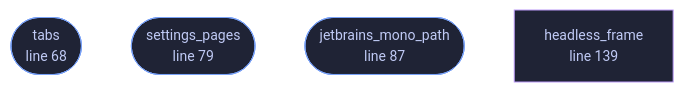
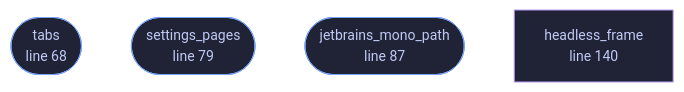
One commit to tilas01/veilvoice changed the diagram in docs/files/veilvoice-gui/lib.md. Above: the diagram before and after it, drawn with Mermaid. The commit also changed other lines of this file and 72 other files, not shown here.

````diff
--- a/docs/files/veilvoice-gui/lib.md
+++ b/docs/files/veilvoice-gui/lib.md
@@ -106,16 +106,16 @@
 ```mermaid
 %%{init: {"theme":"base","themeVariables":{"background":"#1a1b26","primaryColor":"#1f2335","primaryTextColor":"#c0caf5","primaryBorderColor":"#7aa2f7","secondaryColor":"#16161e","tertiaryColor":"#16161e","lineColor":"#737aa2","textColor":"#c0caf5","mainBkg":"#1f2335","nodeBorder":"#7aa2f7","clusterBkg":"#16161e","clusterBorder":"#2f3549","fontFamily":"ui-monospace, SFMono-Regular, Consolas, monospace","fontSize":"14px"}}}%%
 flowchart TD
     n_tabs(["tabs<br/>line 68"])
     n_settings_pages(["settings_pages<br/>line 79"])
     n_jetbrains_mono_path(["jetbrains_mono_path<br/>line 87"])
-    n_headless_frame["headless_frame<br/>line 139"]
+    n_headless_frame["headless_frame<br/>line 140"]
     click n_tabs href "https://github.com/tilas01/veilvoice/blob/main/crates/veilvoice-gui/src/lib.rs#L68" "open the source"
     click n_settings_pages href "https://github.com/tilas01/veilvoice/blob/main/crates/veilvoice-gui/src/lib.rs#L79" "open the source"
     click n_jetbrains_mono_path href "https://github.com/tilas01/veilvoice/blob/main/crates/veilvoice-gui/src/lib.rs#L87" "open the source"
-    click n_headless_frame href "https://github.com/tilas01/veilvoice/blob/main/crates/veilvoice-gui/src/lib.rs#L139" "open the source"
+    click n_headless_frame href "https://github.com/tilas01/veilvoice/blob/main/crates/veilvoice-gui/src/lib.rs#L140" "open the source"
     classDef entry fill:#1f2335,stroke:#7aa2f7,color:#c0caf5
     class n_tabs,n_settings_pages,n_jetbrains_mono_path entry
     classDef helper fill:#1f2335,stroke:#bb9af7,color:#c0caf5
     class n_headless_frame helper
 ```
````
